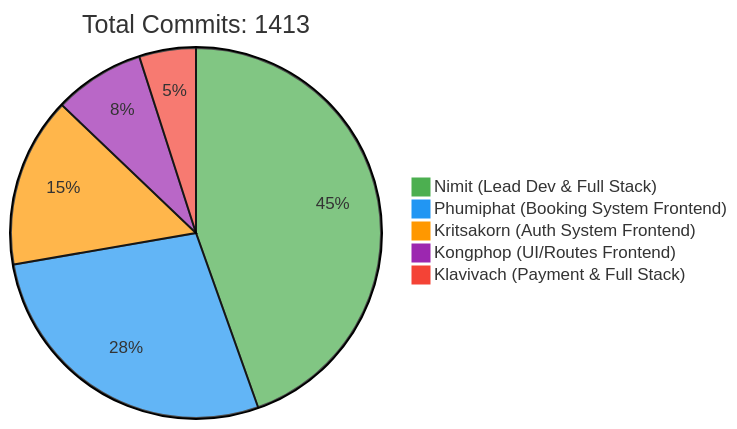
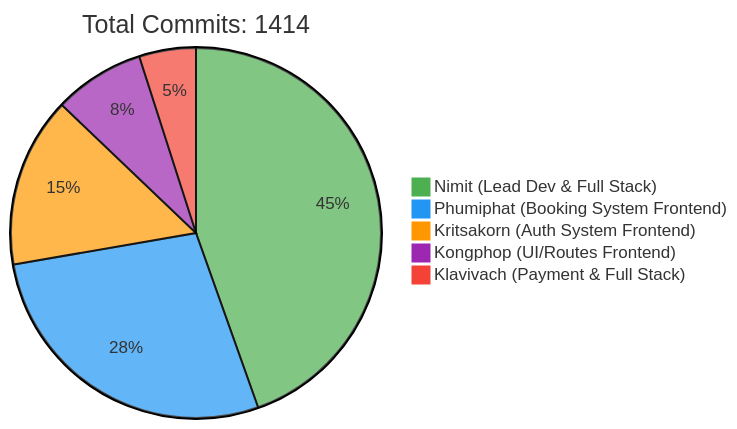
The first of 2 diagrams in README.md (6531503042/Sport-Complex), drawn with Mermaid before and after one commit. The commit also changed other lines of this file, not shown here.

Commit message:
docs: Update contributor statistics [skip ci]

````diff
--- a/README.md
+++ b/README.md
@@ -257,10 +257,10 @@
 ```mermaid
 %%{init: {'theme': 'base', 'themeVariables': { 'pie1': '#4CAF50', 'pie2': '#2196F3', 'pie3': '#FF9800', 'pie4': '#9C27B0', 'pie5': '#F44336'}}}%%
 pie
-    title Total Commits: 1413
+    title Total Commits: 1414
     "Nimit (Lead Dev & Full Stack)" : 450
     "Phumiphat (Booking System Frontend)" : 280
     "Kritsakorn (Auth System Frontend)" : 150
     "Kongphop (UI/Routes Frontend)" : 80
     "Klavivach (Payment & Full Stack)" : 50
 ```
````
